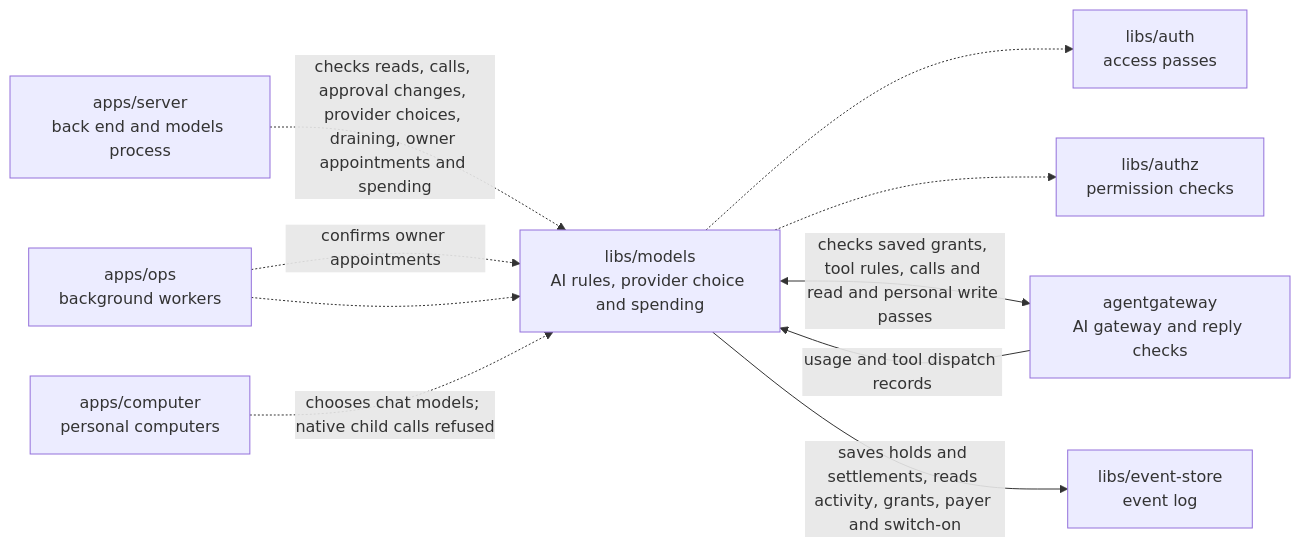
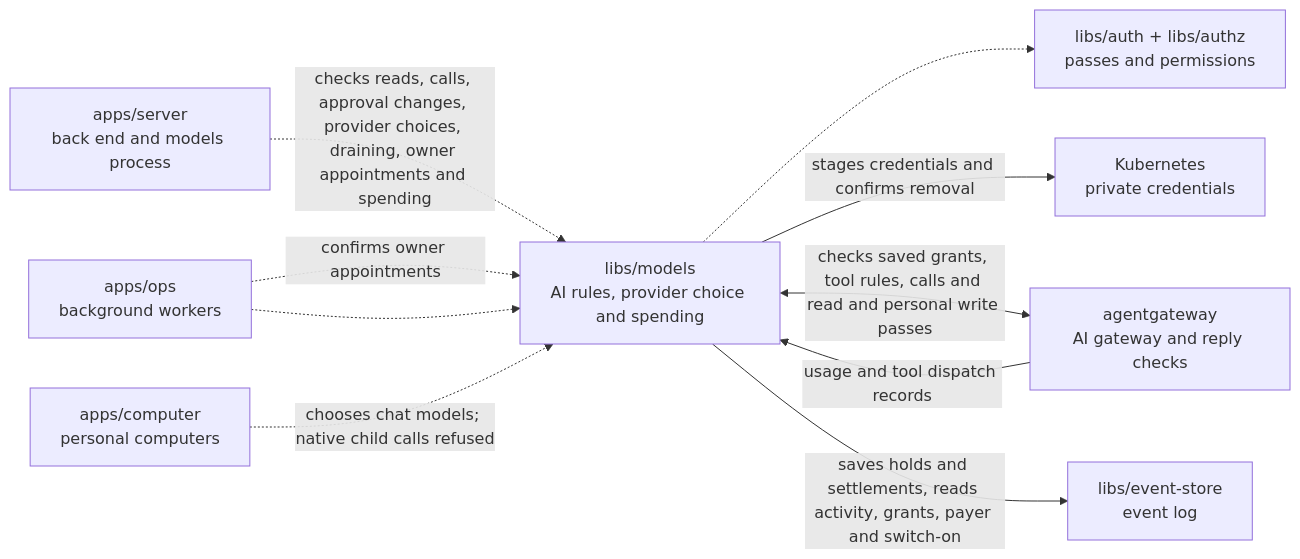
The diagram in libs/models/README.md (elewa-git/opencrane-new), drawn with Mermaid before and after one commit. The commit also changed other lines of this file and 8 other files, not shown here.

First line of the commit message:
🔐 Private connection credentials are staged and recovered exactly, and never reported deleted while still readable (#333)

````diff
--- a/libs/models/README.md
+++ b/libs/models/README.md
@@ -11,12 +14,12 @@
 ```mermaid
 flowchart LR
   server["apps/server<br/>back end and models process"] -.->|checks reads, calls, approval changes, provider choices, draining, owner appointments and spending| models["libs/models<br/>AI rules, provider choice and spending"]
   ops["apps/ops<br/>background workers"] -.->|confirms owner appointments| models
   ops["apps/ops<br/>background workers"] -.-> models
   computer["apps/computer<br/>personal computers"] -.->|chooses chat models; native child calls refused| models
-  models -.-> auth["libs/auth<br/>access passes"]
-  models -.-> authz["libs/authz<br/>permission checks"]
+  models -.-> auth["libs/auth + libs/authz<br/>passes and permissions"]
+  models -->|stages credentials and confirms removal| custody["Kubernetes<br/>private credentials"]
   models <-->|checks saved grants, tool rules, calls and read and personal write passes| gateway["agentgateway<br/>AI gateway and reply checks"]
   gateway -->|usage and tool dispatch records| models
   models -->|saves holds and settlements, reads activity, grants, payer and switch-on| store["libs/event-store<br/>event log"]
 ```
````
